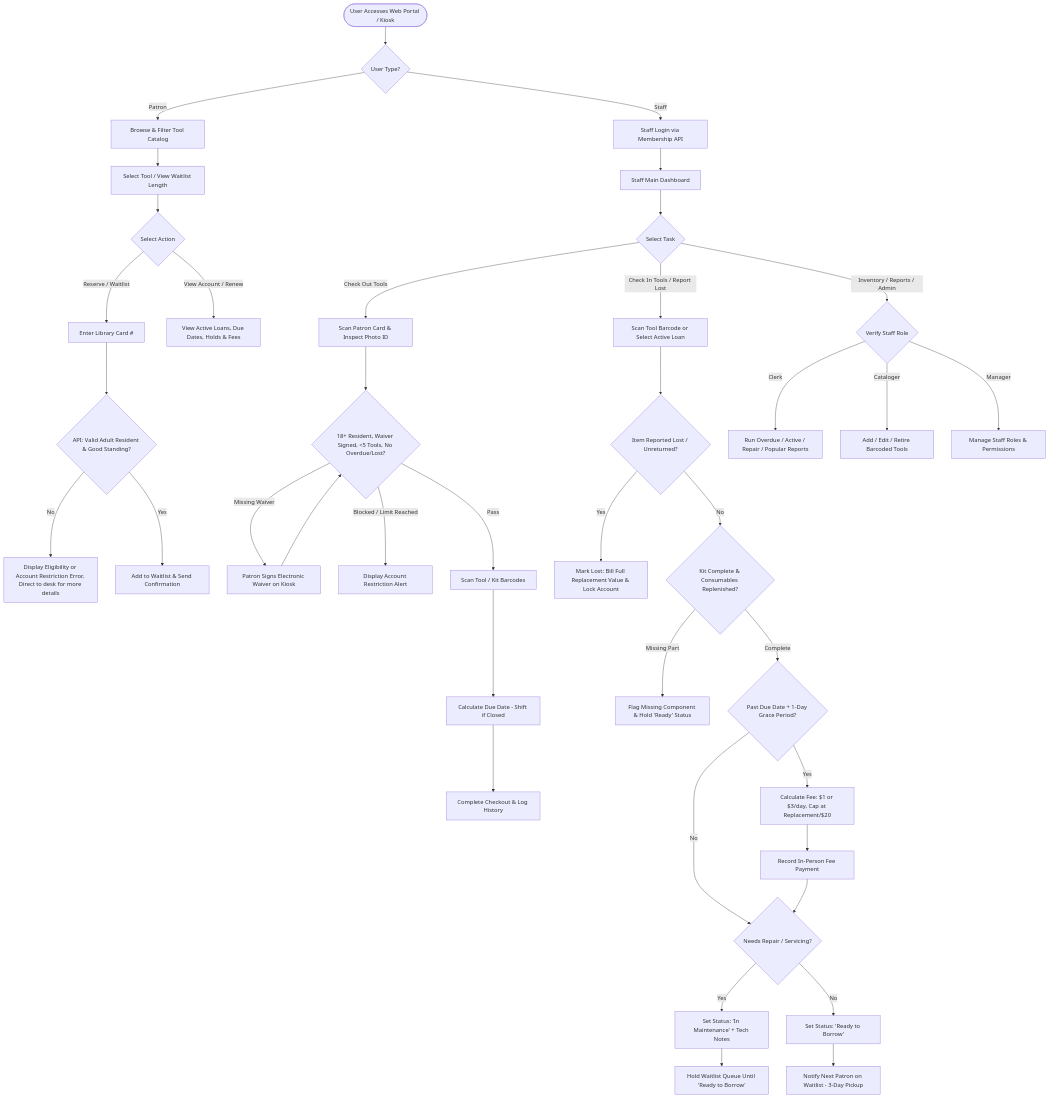
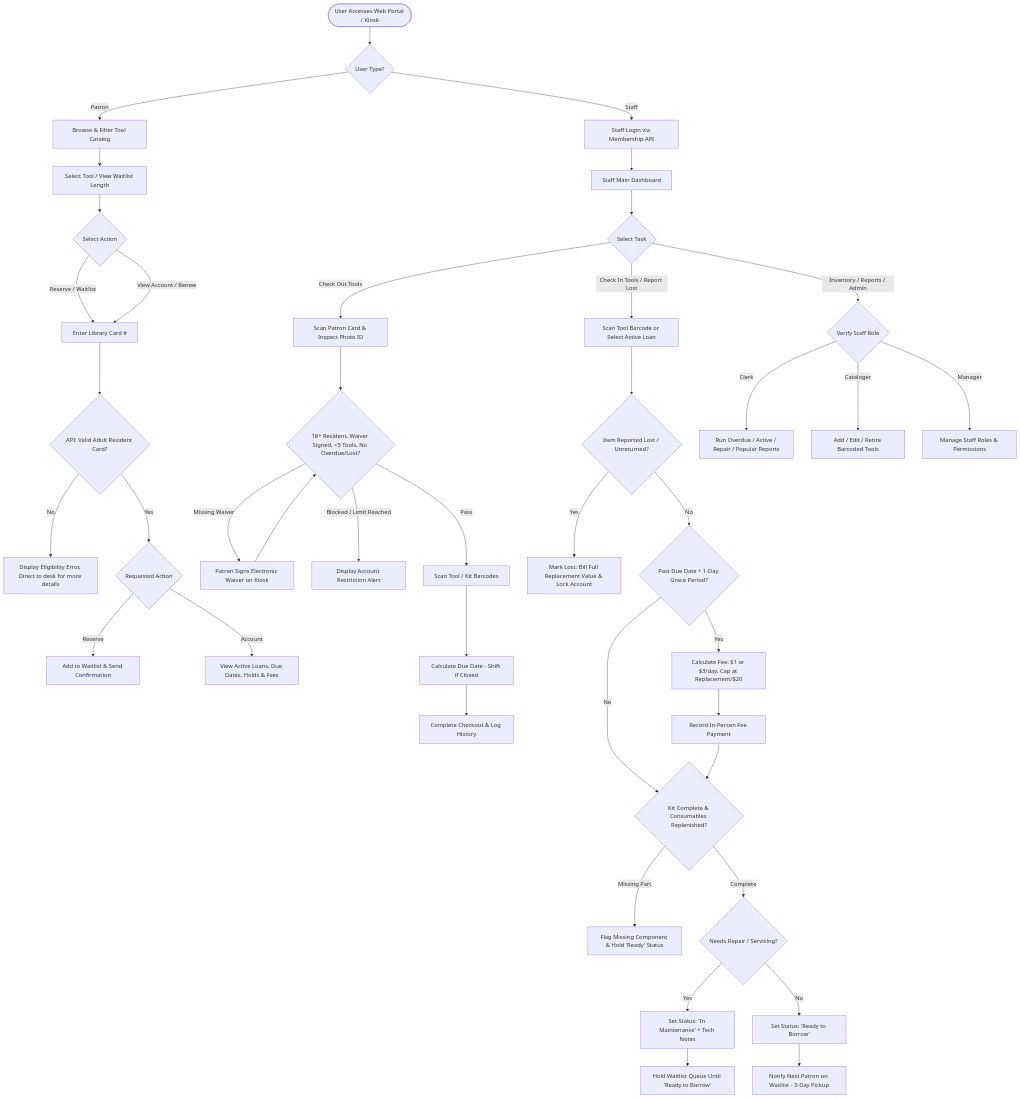
The second of 2 diagrams in Functional_Spec.md (RubberDucky-66/Tool-Library-project-for-CS361), drawn with Mermaid before and after one commit. The commit also changed other lines of this file, not shown here.

Commit message:
Fix use case diagram, UX flow, and condition tracking

````diff
--- a/Functional_Spec.md
+++ b/Functional_Spec.md
@@ -121,53 +125,54 @@
 ```mermaid
 flowchart TD
     Start([User Accesses Web Portal / Kiosk]) --> RoleCheck{User Type?}
 
     %% Patron Flow
     RoleCheck -->|Patron| Catalog[Browse & Filter Tool Catalog]
     Catalog --> ItemSelect[Select Tool / View Waitlist Length]
     ItemSelect --> PatronAction{Select Action}
 
     PatronAction -->|Reserve / Waitlist| CardAuth[Enter Library Card #]
-    CardAuth --> APIVerify{API: Valid Adult Resident & Good Standing?}
-    APIVerify -->|No| RejectPatron[Display Eligibility or Account Restriction Error, Direct to desk for more details]
-    APIVerify -->|Yes| AddWaitlist[Add to Waitlist & Send Confirmation]
-
-    PatronAction -->|View Account / Renew| AccountDash[View Active Loans, Due Dates, Holds & Fees]
+    PatronAction -->|View Account / Renew| CardAuth
+    CardAuth --> APIVerify{API: Valid Adult Resident Card?}
+    APIVerify -->|No| RejectPatron[Display Eligibility Error, Direct to desk for more details]
+    APIVerify -->|Yes| AuthAction{Requested Action}
+    AuthAction -->|Reserve| AddWaitlist[Add to Waitlist & Send Confirmation]
+    AuthAction -->|Account| AccountDash[View Active Loans, Due Dates, Holds & Fees]
 
     %% Staff Flow
     RoleCheck -->|Staff| StaffLogin[Staff Login via Membership API]
     StaffLogin --> MainDash[Staff Main Dashboard]
     MainDash --> TaskSelect{Select Task}
 
     %% Checkout Subflow
     TaskSelect -->|Check Out Tools| ScanPatron[Scan Patron Card & Inspect Photo ID]
     ScanPatron --> EligibilityCheck{18+ Resident, Waiver Signed, <5 Tools, No Overdue/Lost?}
     EligibilityCheck -->|Missing Waiver| PromptWaiver[Patron Signs Electronic Waiver on Kiosk]
     PromptWaiver --> EligibilityCheck
     EligibilityCheck -->|Blocked / Limit Reached| BlockAlert[Display Account Restriction Alert]
     EligibilityCheck -->|Pass| ScanToolOut[Scan Tool / Kit Barcodes]
     ScanToolOut --> CalcDue[Calculate Due Date - Shift if Closed]
     CalcDue --> FinalizeOut[Complete Checkout & Log History]
 
     %% Check-In & Lost Subflow
     TaskSelect -->|Check In Tools / Report Lost| ScanToolIn[Scan Tool Barcode or Select Active Loan]
     ScanToolIn --> LostCheck{Item Reported Lost / Unreturned?}
     LostCheck -->|Yes| MarkLost[Mark Lost: Bill Full Replacement Value & Lock Account]
-    LostCheck -->|No| KitCheck{Kit Complete & Consumables Replenished?}
-    KitCheck -->|Missing Part| FlagIncomplete[Flag Missing Component & Hold 'Ready' Status]
-    KitCheck -->|Complete| LateCheck{Past Due Date + 1-Day Grace Period?}
+    LostCheck -->|No| LateCheck{Past Due Date + 1-Day Grace Period?}
     LateCheck -->|Yes| CalcFine[Calculate Fee: $1 or $3/day, Cap at Replacement/$20]
     CalcFine --> CollectInPerson[Record In-Person Fee Payment]
-    LateCheck -->|No| ConditionCheck{Needs Repair / Servicing?}
-    CollectInPerson --> ConditionCheck
+    LateCheck -->|No| KitCheck{Kit Complete & Consumables Replenished?}
+    CollectInPerson --> KitCheck
+    KitCheck -->|Missing Part| FlagIncomplete[Flag Missing Component & Hold 'Ready' Status]
+    KitCheck -->|Complete| ConditionCheck{Needs Repair / Servicing?}
     ConditionCheck -->|Yes| SetMaint[Set Status: 'In Maintenance' + Tech Notes]
     ConditionCheck -->|No| SetReady[Set Status: 'Ready to Borrow']
     SetMaint --> NotifyNext[Hold Waitlist Queue Until 'Ready to Borrow']
     SetReady --> NotifyNext2[Notify Next Patron on Waitlist - 3-Day Pickup]
 
     %% Admin Subflow
     TaskSelect -->|Inventory / Reports / Admin| RoleGate{Verify Staff Role}
     RoleGate -->|Clerk| RunReports[Run Overdue / Active / Repair / Popular Reports]
     RoleGate -->|Cataloger| ManageInv[Add / Edit / Retire Barcoded Tools]
     RoleGate -->|Manager| ManageStaff[Manage Staff Roles & Permissions]
 ```
````
